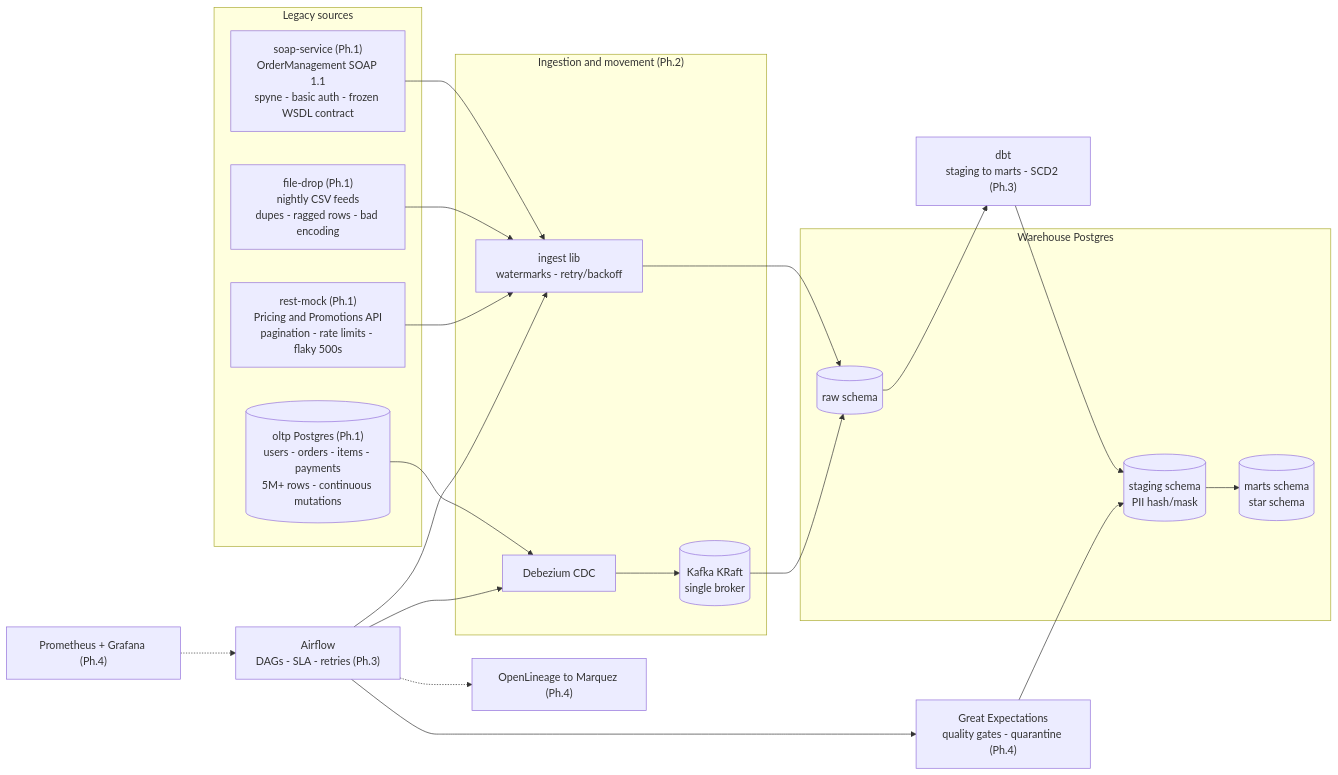
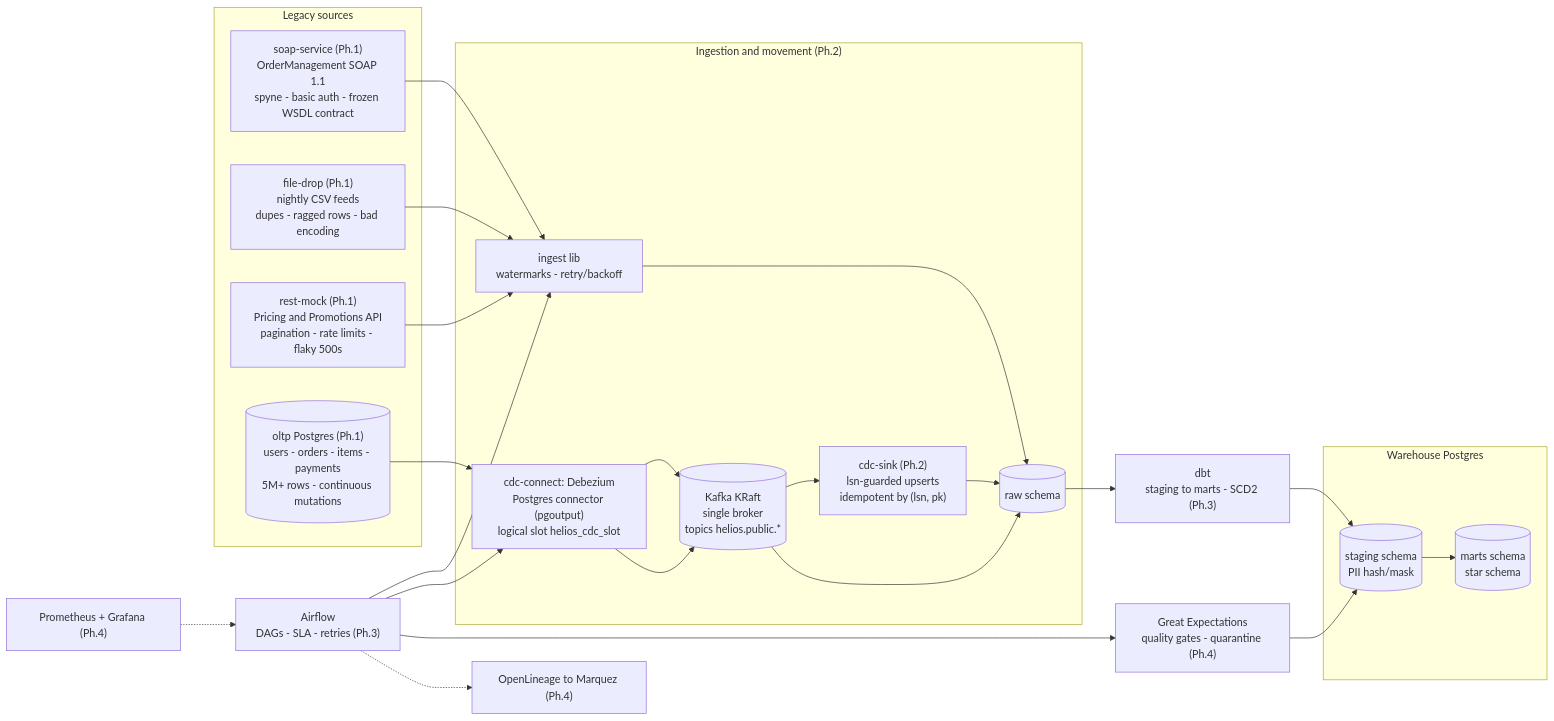
One commit to xenoaitham/helios changed the diagram in README.md. Above: the diagram before and after it, drawn with Mermaid. The commit also changed other lines of this file and 29 other files, not shown here.

First line of the commit message:
feat(cdc): Debezium WAL capture -> Kafka -> raw-zone sink with lsn-guarded (lsn, pk) upserts (ADR-005)

````diff
--- a/README.md
+++ b/README.md
@@ -58,40 +58,42 @@
 ```mermaid
 flowchart LR
     subgraph SRC["Legacy sources"]
         SOAP["soap-service (Ph.1)<br/>OrderManagement SOAP 1.1<br/>spyne - basic auth - frozen WSDL contract"]
         FF["file-drop (Ph.1)<br/>nightly CSV feeds<br/>dupes - ragged rows - bad encoding"]
         REST["rest-mock (Ph.1)<br/>Pricing and Promotions API<br/>pagination - rate limits - flaky 500s"]
         OLTP[("oltp Postgres (Ph.1)<br/>users - orders - items - payments<br/>5M+ rows - continuous mutations")]
     end
 
     subgraph MOVE["Ingestion and movement (Ph.2)"]
-        DEB["Debezium CDC"]
-        KAFKA[("Kafka KRaft<br/>single broker")]
+        DEB["cdc-connect: Debezium<br/>Postgres connector (pgoutput)<br/>logical slot helios_cdc_slot"]
+        KAFKA[("Kafka KRaft<br/>single broker<br/>topics helios.public.*")]
+        SINK["cdc-sink (Ph.2)<br/>lsn-guarded upserts<br/>idempotent by (lsn, pk)"]
         ING["ingest lib<br/>watermarks - retry/backoff"]
+        DEB --> KAFKA --> SINK --> RAW
     end
 
     subgraph WH["Warehouse Postgres"]
         RAW[("raw schema")]
         STG[("staging schema<br/>PII hash/mask")]
         MART[("marts schema<br/>star schema")]
     end
 
     ORCH["Airflow<br/>DAGs - SLA - retries (Ph.3)"]
     DBT["dbt<br/>staging to marts - SCD2 (Ph.3)"]
     GE["Great Expectations<br/>quality gates - quarantine (Ph.4)"]
     LIN["OpenLineage to Marquez (Ph.4)"]
     PROM["Prometheus + Grafana (Ph.4)"]
 
     SOAP --> ING
     FF --> ING
     REST --> ING
     ING --> RAW
     OLTP --> DEB --> KAFKA --> RAW
     ORCH --> ING
     ORCH --> DEB
     RAW --> DBT --> STG --> MART
     GE --> STG
     ORCH --> GE
     ORCH -.-> LIN
     PROM -.-> ORCH
 ```
````
